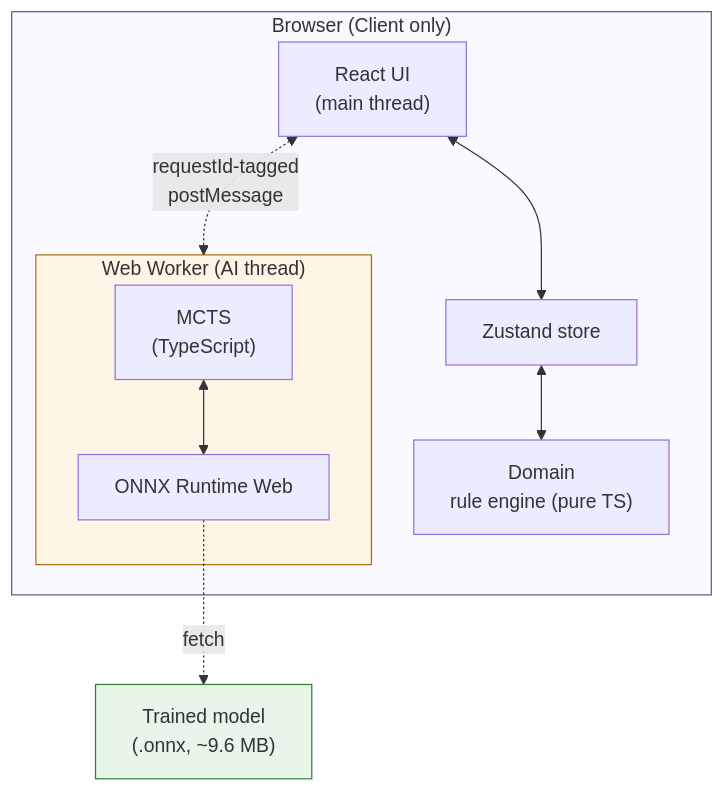
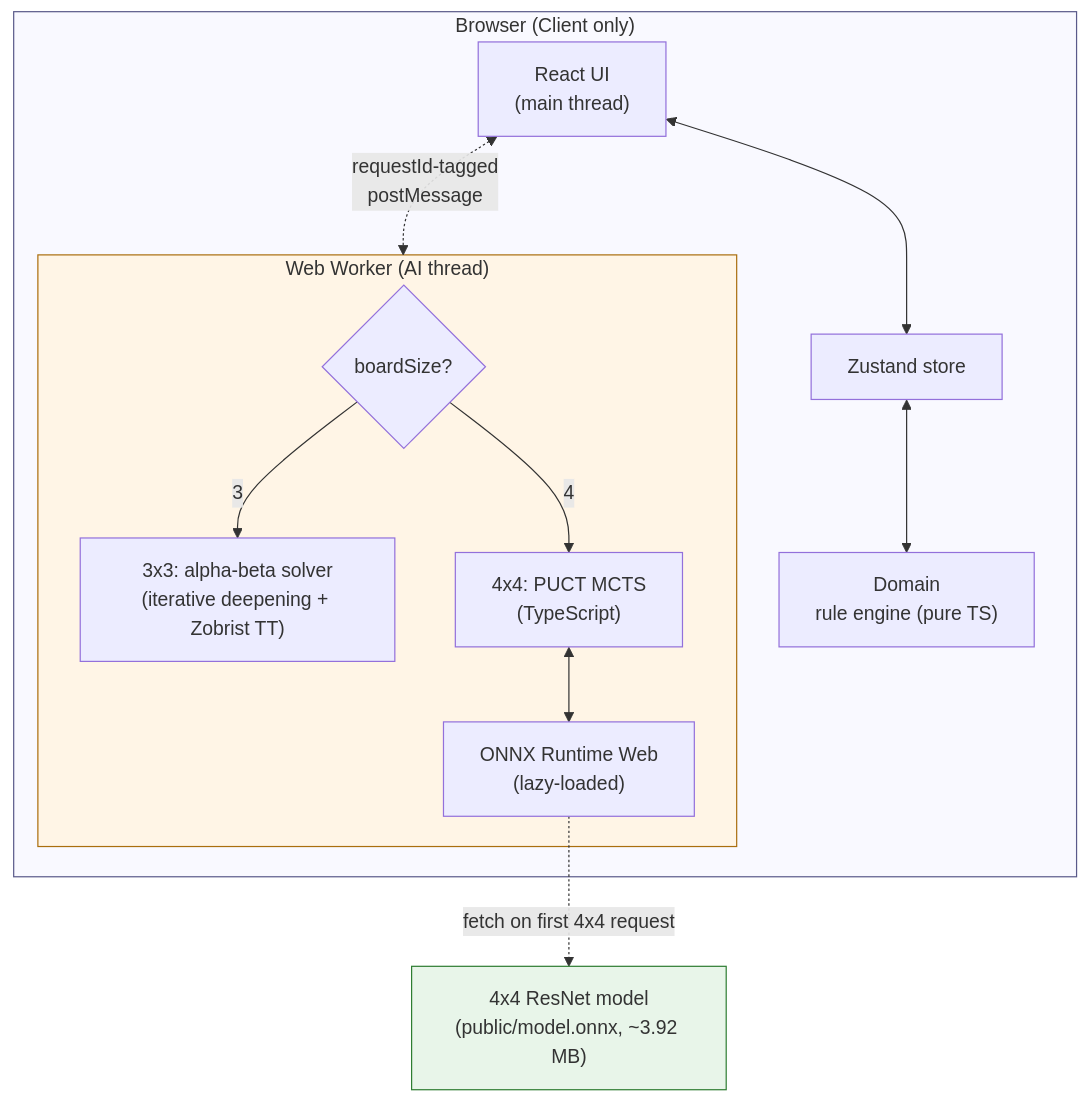
One commit to h-seno-tokai/dynamic-tic-tac-toe changed the diagram in README.md. Above: the diagram before and after it, drawn with Mermaid. The commit also changed other lines of this file and 6 other files, not shown here.

````diff
--- a/README.md
+++ b/README.md
@@ -52,25 +54,30 @@
 ```mermaid
 flowchart TB
     subgraph Browser["Browser (Client only)"]
         UI["React UI<br/>(main thread)"]
         Store["Zustand store"]
         Domain["Domain<br/>rule engine (pure TS)"]
 
         UI <--> Store
         Store <--> Domain
 
         subgraph Worker["Web Worker (AI thread)"]
-            MCTS["MCTS<br/>(TypeScript)"]
-            Inference["ONNX Runtime Web"]
+            Dispatch{"boardSize?"}
+            Solver["3x3: alpha-beta solver<br/>(iterative deepening + Zobrist TT)"]
+            MCTS["4x4: PUCT MCTS<br/>(TypeScript)"]
+            Inference["ONNX Runtime Web<br/>(lazy-loaded)"]
+
+            Dispatch -->|3| Solver
+            Dispatch -->|4| MCTS
             MCTS <--> Inference
         end
 
         UI <-.->|requestId-tagged<br/>postMessage| Worker
     end
 
-    Inference -.->|fetch| Model["Trained model<br/>(.onnx, ~9.6 MB)"]
+    Inference -.->|fetch on first 4x4 request| Model["4x4 ResNet model<br/>(public/model.onnx, ~3.92 MB)"]
 
     style Browser fill:#f9f9ff,stroke:#5a5a8a
     style Worker fill:#fff5e6,stroke:#aa6e0e
     style Model fill:#e8f5e9,stroke:#2e7d32
 ```
````
